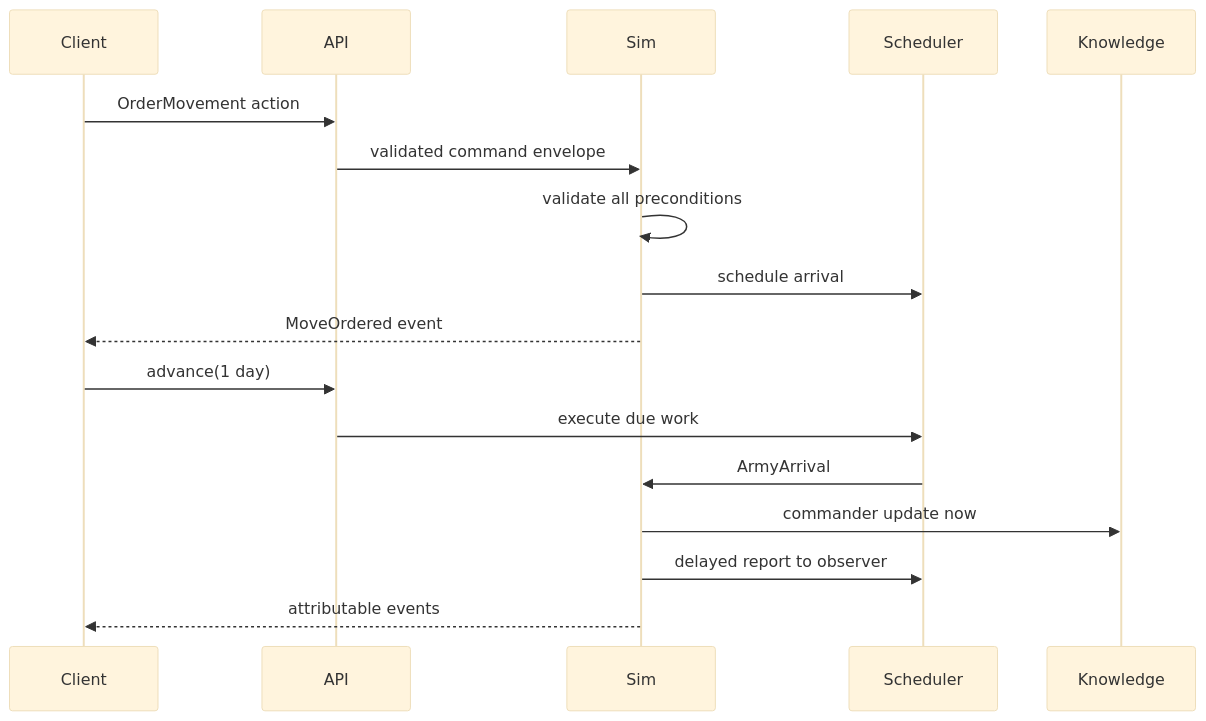
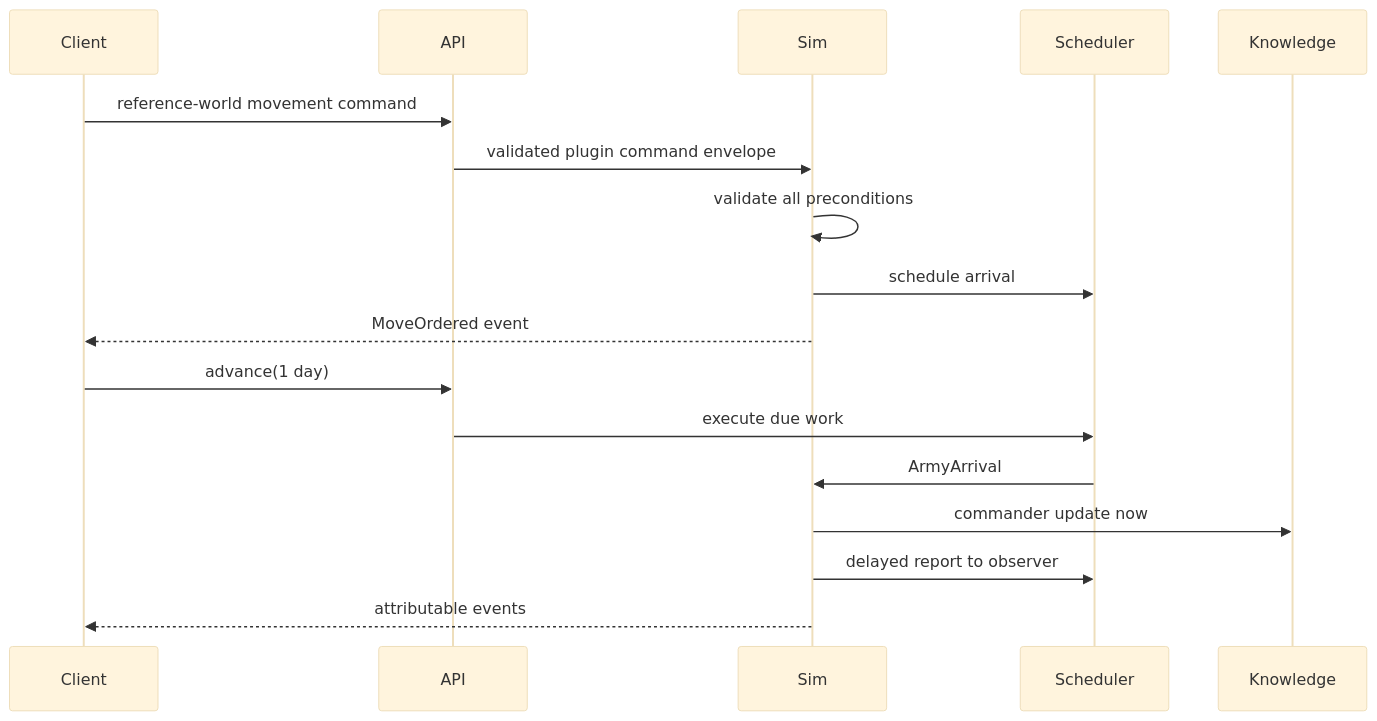
Before and after one commit to PeiyuanQi/canwu: the sixth of 6 diagrams in docs/architecture.md, drawn with Mermaid (base theme). The commit also changed other lines of this file and 81 other files, not shown here.

Commit message:
refactor: migrate reference world out of core model

````diff
--- a/docs/architecture.md
+++ b/docs/architecture.md
@@ -648,20 +646,20 @@
 ```mermaid
 sequenceDiagram
     participant Client
     participant API
     participant Sim
     participant Scheduler
     participant Knowledge
 
-    Client->>API: OrderMovement action
-    API->>Sim: validated command envelope
+    Client->>API: reference-world movement command
+    API->>Sim: validated plugin command envelope
     Sim->>Sim: validate all preconditions
     Sim->>Scheduler: schedule arrival
     Sim-->>Client: MoveOrdered event
     Client->>API: advance(1 day)
     API->>Scheduler: execute due work
     Scheduler->>Sim: ArmyArrival
     Sim->>Knowledge: commander update now
     Sim->>Scheduler: delayed report to observer
     Sim-->>Client: attributable events
 ```
````
